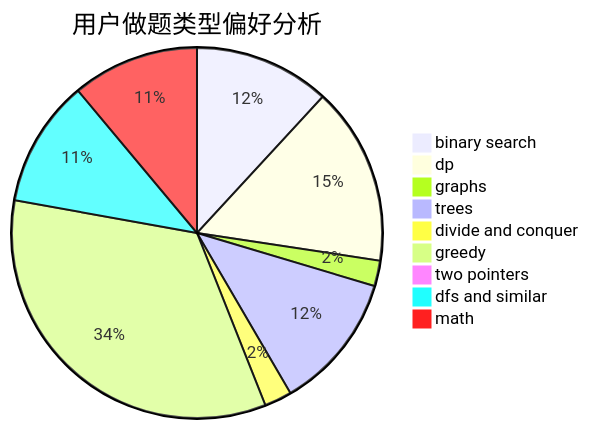
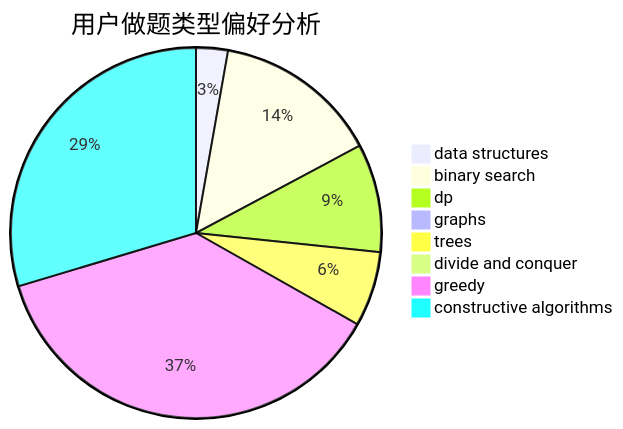
One commit to sherpahu/cfrs.github.io changed the second of 3 diagrams in docs/user/u2364.md. Above: the diagram before and after it, drawn with Mermaid. The commit also changed other lines of this file and 2775 other files, not shown here.

````diff
--- a/docs/user/u2364.md
+++ b/docs/user/u2364.md
@@ -23,12 +23,11 @@
 ```mermaid
 pie title 用户做题类型偏好分析
-    "binary search" :  213
-    "dp" :  279
-    "graphs" :  40
-    "trees" :  215
-    "divide and conquer" :  43
-    "greedy" :  608
-    "two pointers" :  13
-    "dfs and similar" :  199
-    "math" :  199
+    "data structures" :  39
+    "binary search" :  203
+    "dp" :  133
+    "graphs" :  13
+    "trees" :  92
+    "divide and conquer" :  0
+    "greedy" :  523
+    "constructive algorithms" :  417
 ```
````
